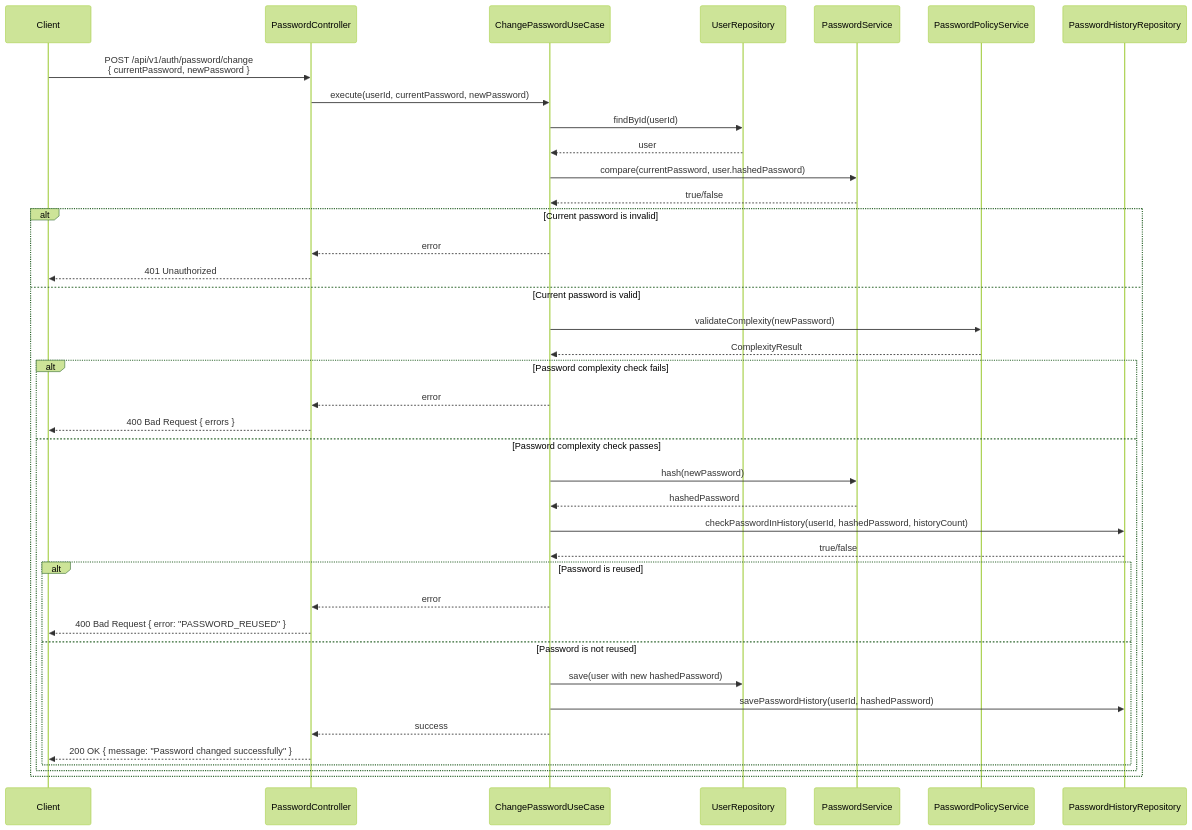
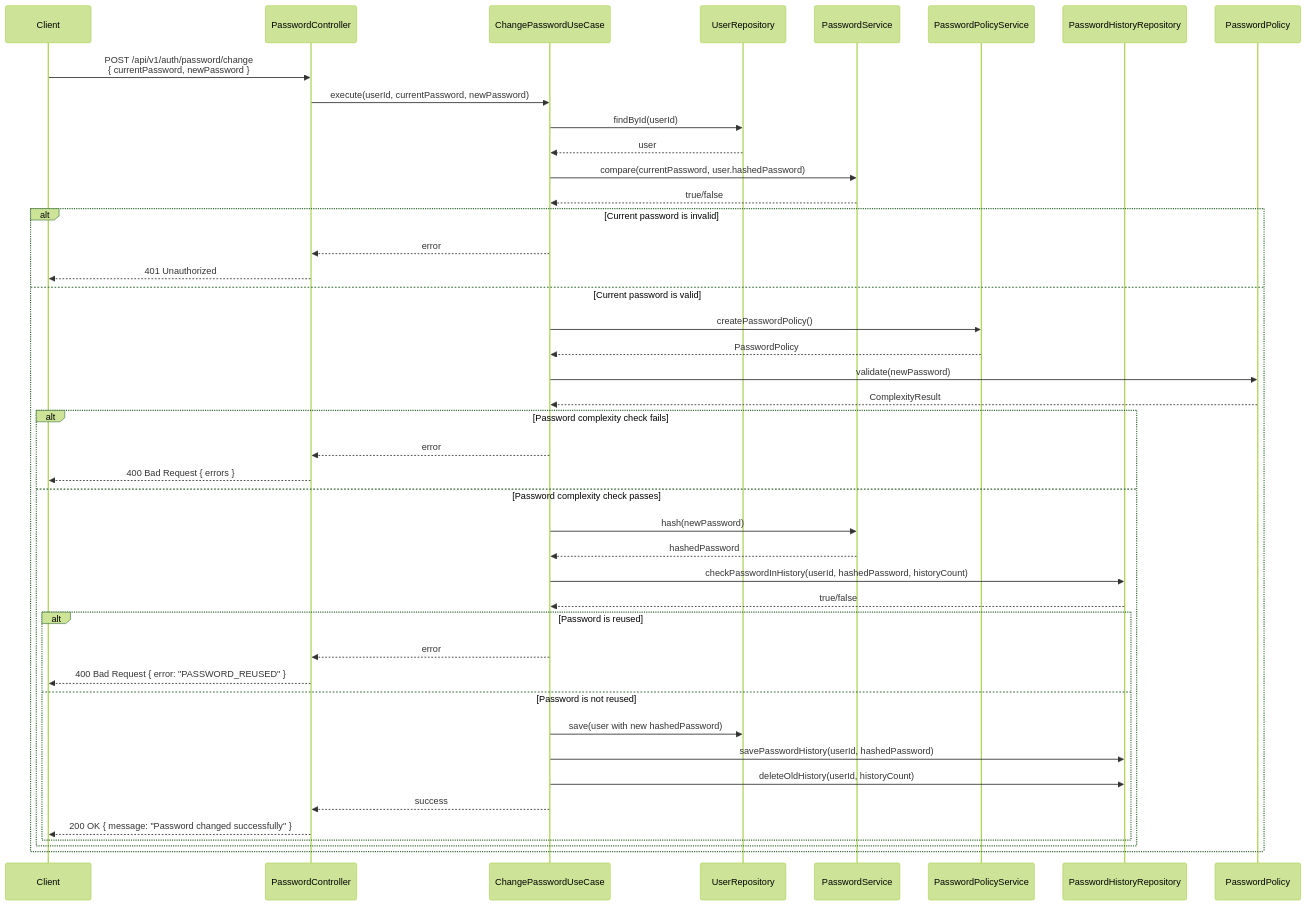
The first of 3 diagrams in docs/detailed-design/MWD-32_password-policy-implementation/sequence-diagrams.md (kencom2400/MrWebDefence-Console), drawn with Mermaid (forest theme) before and after one commit. The commit also changed other lines of this file and 4 other files, not shown here.

````diff
--- a/docs/detailed-design/MWD-32_password-policy-implementation/sequence-diagrams.md
+++ b/docs/detailed-design/MWD-32_password-policy-implementation/sequence-diagrams.md
@@ -5,49 +5,53 @@
 ```mermaid
 sequenceDiagram
     participant Client
     participant PasswordController
     participant ChangePasswordUseCase
     participant UserRepository
     participant PasswordService
     participant PasswordPolicyService
     participant PasswordHistoryRepository
 
     Client->>PasswordController: POST /api/v1/auth/password/change<br/>{ currentPassword, newPassword }
     PasswordController->>ChangePasswordUseCase: execute(userId, currentPassword, newPassword)
     
     ChangePasswordUseCase->>UserRepository: findById(userId)
     UserRepository-->>ChangePasswordUseCase: user
     
     ChangePasswordUseCase->>PasswordService: compare(currentPassword, user.hashedPassword)
     PasswordService-->>ChangePasswordUseCase: true/false
     
     alt Current password is invalid
         ChangePasswordUseCase-->>PasswordController: error
         PasswordController-->>Client: 401 Unauthorized
     else Current password is valid
-        ChangePasswordUseCase->>PasswordPolicyService: validateComplexity(newPassword)
-        PasswordPolicyService-->>ChangePasswordUseCase: ComplexityResult
+        ChangePasswordUseCase->>PasswordPolicyService: createPasswordPolicy()
+        PasswordPolicyService-->>ChangePasswordUseCase: PasswordPolicy
+        
+        ChangePasswordUseCase->>PasswordPolicy: validate(newPassword)
+        PasswordPolicy-->>ChangePasswordUseCase: ComplexityResult
         
         alt Password complexity check fails
             ChangePasswordUseCase-->>PasswordController: error
             PasswordController-->>Client: 400 Bad Request { errors }
         else Password complexity check passes
             ChangePasswordUseCase->>PasswordService: hash(newPassword)
             PasswordService-->>ChangePasswordUseCase: hashedPassword
             
             ChangePasswordUseCase->>PasswordHistoryRepository: checkPasswordInHistory(userId, hashedPassword, historyCount)
             PasswordHistoryRepository-->>ChangePasswordUseCase: true/false
             
             alt Password is reused
                 ChangePasswordUseCase-->>PasswordController: error
                 PasswordController-->>Client: 400 Bad Request { error: "PASSWORD_REUSED" }
             else Password is not reused
                 ChangePasswordUseCase->>UserRepository: save(user with new hashedPassword)
                 ChangePasswordUseCase->>PasswordHistoryRepository: savePasswordHistory(userId, hashedPassword)
+                ChangePasswordUseCase->>PasswordHistoryRepository: deleteOldHistory(userId, historyCount)
                 
                 ChangePasswordUseCase-->>PasswordController: success
                 PasswordController-->>Client: 200 OK { message: "Password changed successfully" }
             end
         end
     end
 ```
````
